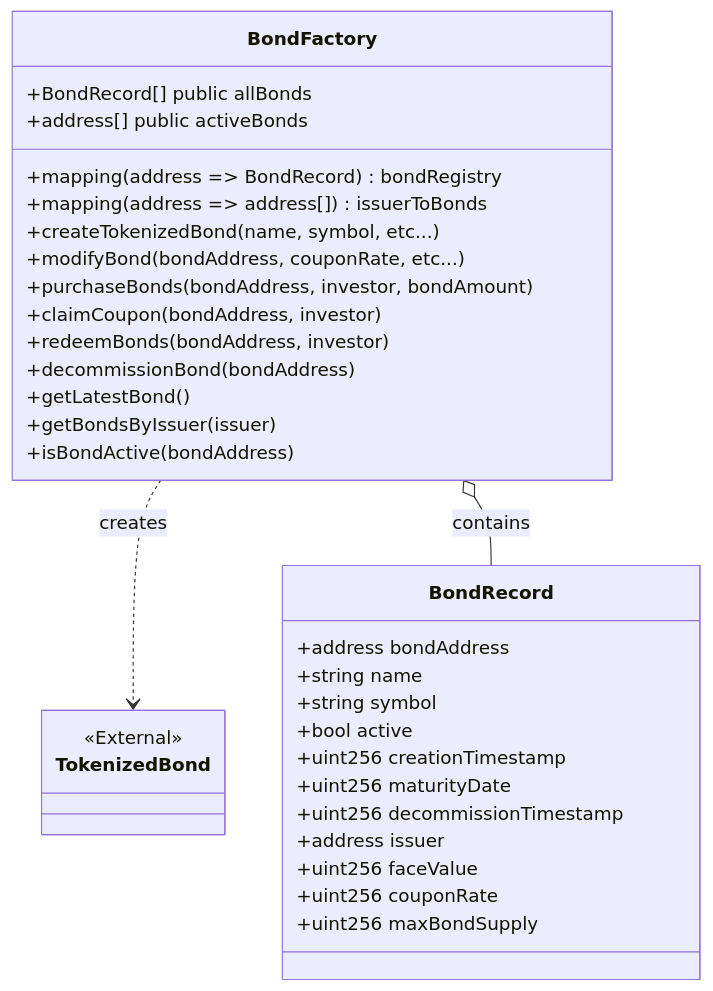
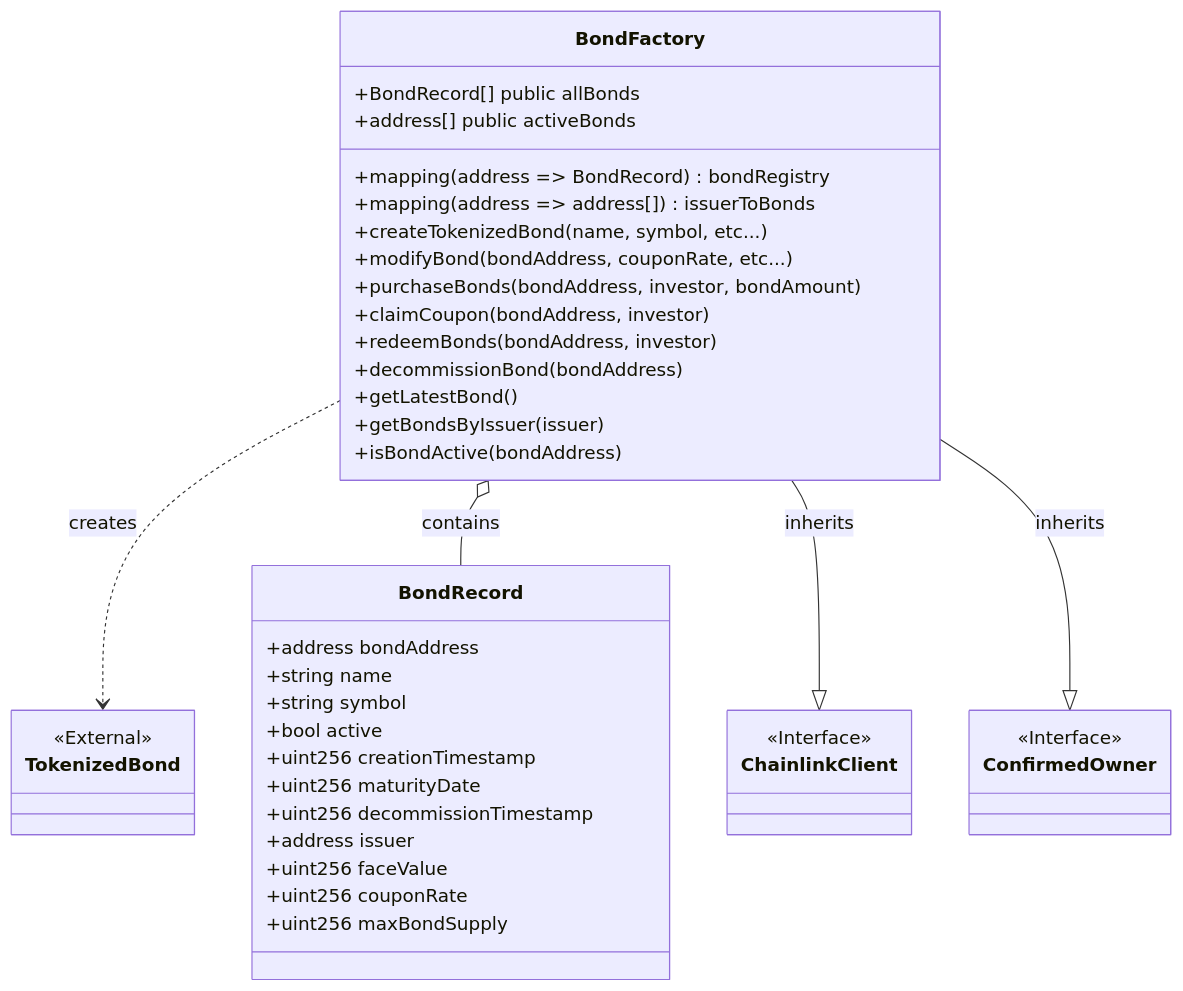
One commit to whanyu1212/fractional-bond-trading changed the second of 4 diagrams in README.md. Above: the diagram before and after it, drawn with Mermaid. The commit also changed other lines of this file, not shown here.

````diff
--- a/README.md
+++ b/README.md
@@ -201,39 +363,49 @@
 ```mermaid
 classDiagram
     class BondFactory {
         +BondRecord[] public allBonds
         +address[] public activeBonds
         +mapping(address => BondRecord) bondRegistry
         +mapping(address => address[]) issuerToBonds
         +createTokenizedBond(name, symbol, etc...)
         +modifyBond(bondAddress, couponRate, etc...)
         +purchaseBonds(bondAddress, investor, bondAmount)
         +claimCoupon(bondAddress, investor)
         +redeemBonds(bondAddress, investor)
         +decommissionBond(bondAddress)
         +getLatestBond()
         +getBondsByIssuer(issuer)
         +isBondActive(bondAddress)
     }
 
     class BondRecord {
         +address bondAddress
         +string name
         +string symbol
         +bool active
         +uint256 creationTimestamp
         +uint256 maturityDate
         +uint256 decommissionTimestamp
         +address issuer
         +uint256 faceValue
         +uint256 couponRate
         +uint256 maxBondSupply
     }
 
     class TokenizedBond {
         <<External>>
     }
 
+    class ChainlinkClient {
+        <<Interface>>
+    }
+
+    class ConfirmedOwner {
+        <<Interface>>
+    }
+
     BondFactory ..> TokenizedBond : creates
     BondFactory o-- BondRecord : contains
+    BondFactory --|> ChainlinkClient : inherits
+    BondFactory --|> ConfirmedOwner : inherits
 ```
````
